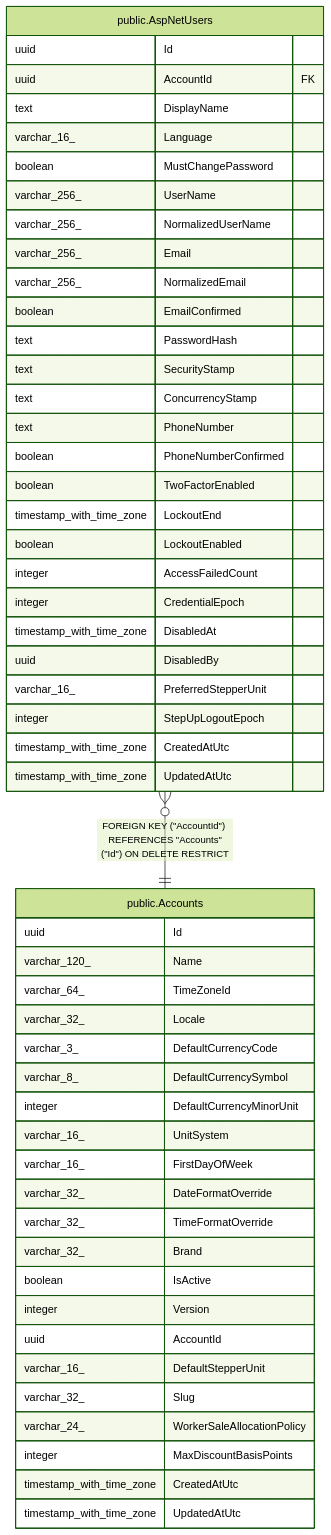
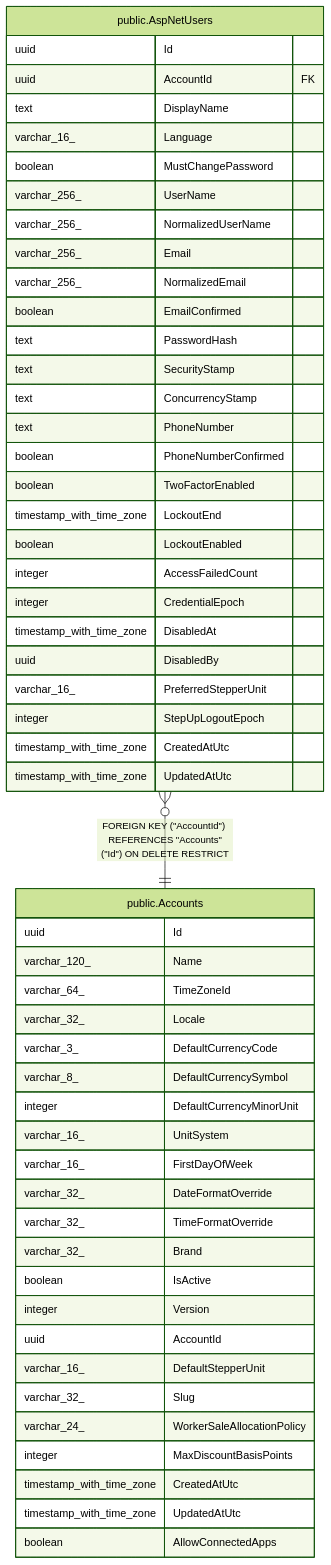
Before and after one commit to mforce/cluckwork: the diagram in docs/schema/public.Accounts.md, drawn with Mermaid (forest theme). The commit also changed other lines of this file and 48 other files, not shown here.

First line of the commit message:
feat: let an Owner turn connected apps off for the farm

````diff
--- a/docs/schema/public.Accounts.md
+++ b/docs/schema/public.Accounts.md
@@ -73,57 +75,58 @@
 ```mermaid
 erDiagram
 
 "public.AspNetUsers" }o--|| "public.Accounts" : "FOREIGN KEY (#quot;AccountId#quot;) REFERENCES #quot;Accounts#quot;(#quot;Id#quot;) ON DELETE RESTRICT"
 
 "public.Accounts" {
   uuid Id
   varchar_120_ Name
   varchar_64_ TimeZoneId
   varchar_32_ Locale
   varchar_3_ DefaultCurrencyCode
   varchar_8_ DefaultCurrencySymbol
   integer DefaultCurrencyMinorUnit
   varchar_16_ UnitSystem
   varchar_16_ FirstDayOfWeek
   varchar_32_ DateFormatOverride
   varchar_32_ TimeFormatOverride
   varchar_32_ Brand
   boolean IsActive
   integer Version
   uuid AccountId
   varchar_16_ DefaultStepperUnit
   varchar_32_ Slug
   varchar_24_ WorkerSaleAllocationPolicy
   integer MaxDiscountBasisPoints
   timestamp_with_time_zone CreatedAtUtc
   timestamp_with_time_zone UpdatedAtUtc
+  boolean AllowConnectedApps
 }
 "public.AspNetUsers" {
   uuid Id
   uuid AccountId FK
   text DisplayName
   varchar_16_ Language
   boolean MustChangePassword
   varchar_256_ UserName
   varchar_256_ NormalizedUserName
   varchar_256_ Email
   varchar_256_ NormalizedEmail
   boolean EmailConfirmed
   text PasswordHash
   text SecurityStamp
   text ConcurrencyStamp
   text PhoneNumber
   boolean PhoneNumberConfirmed
   boolean TwoFactorEnabled
   timestamp_with_time_zone LockoutEnd
   boolean LockoutEnabled
   integer AccessFailedCount
   integer CredentialEpoch
   timestamp_with_time_zone DisabledAt
   uuid DisabledBy
   varchar_16_ PreferredStepperUnit
   integer StepUpLogoutEpoch
   timestamp_with_time_zone CreatedAtUtc
   timestamp_with_time_zone UpdatedAtUtc
 }
 ```
````
